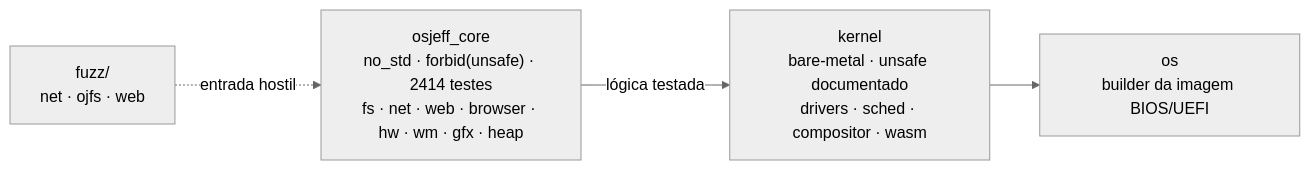
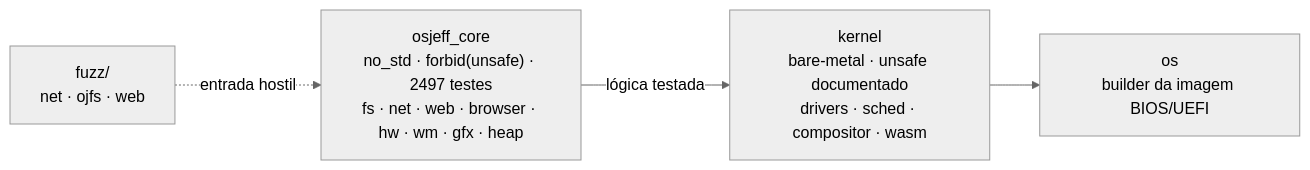
The diagram in README.md (Jeffinp/OSjeff), drawn with Mermaid (neutral theme) before and after one commit. The commit also changed other lines of this file and 3 other files, not shown here.

````diff
--- a/README.md
+++ b/README.md
@@ -98,9 +98,9 @@
 ```mermaid
 flowchart LR
-    CORE["osjeff_core<br/>no_std · forbid(unsafe) · 2414 testes<br/>fs · net · web · browser · hw · wm · gfx · heap"]
+    CORE["osjeff_core<br/>no_std · forbid(unsafe) · 2497 testes<br/>fs · net · web · browser · hw · wm · gfx · heap"]
     KERNEL["kernel<br/>bare-metal · unsafe documentado<br/>drivers · sched · compositor · wasm"]
     OS["os<br/>builder da imagem BIOS/UEFI"]
     FUZZ["fuzz/<br/>net · ojfs · web"]
     CORE -->|lógica testada| KERNEL --> OS
     FUZZ -.->|entrada hostil| CORE
 ```
````
